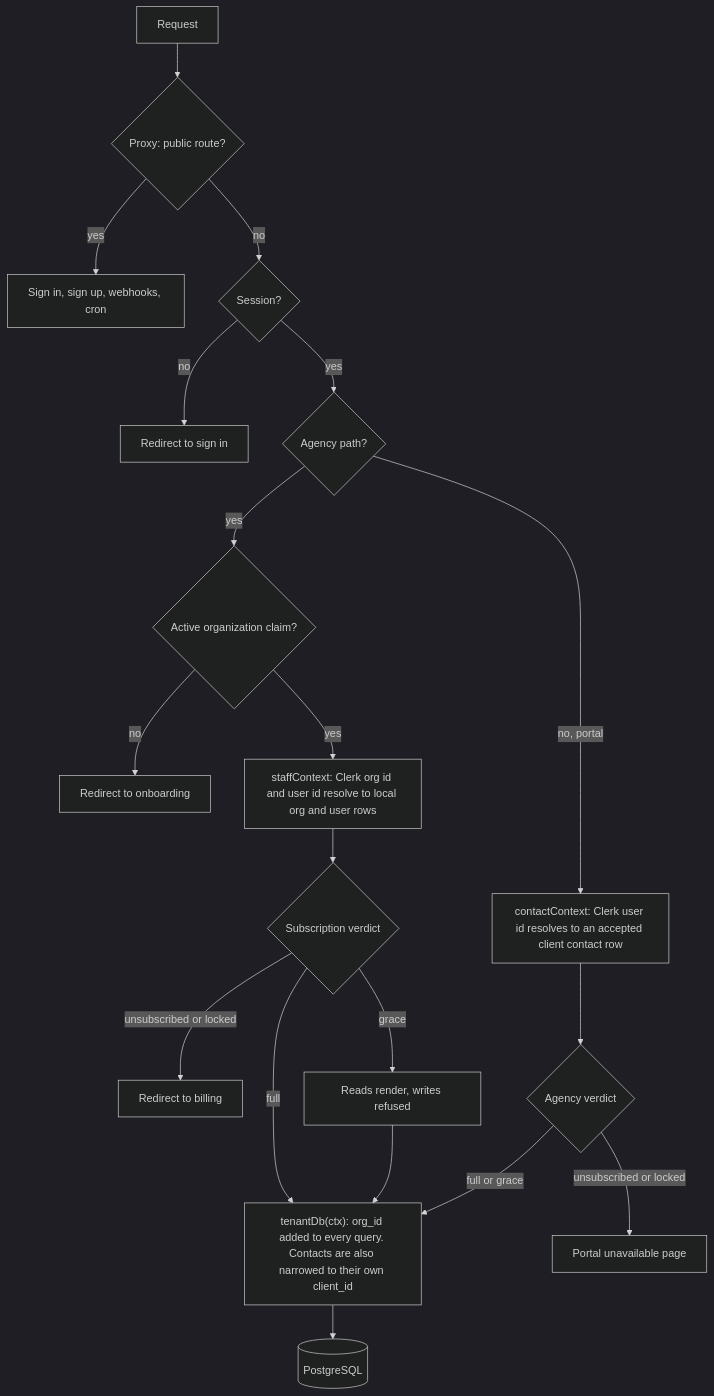
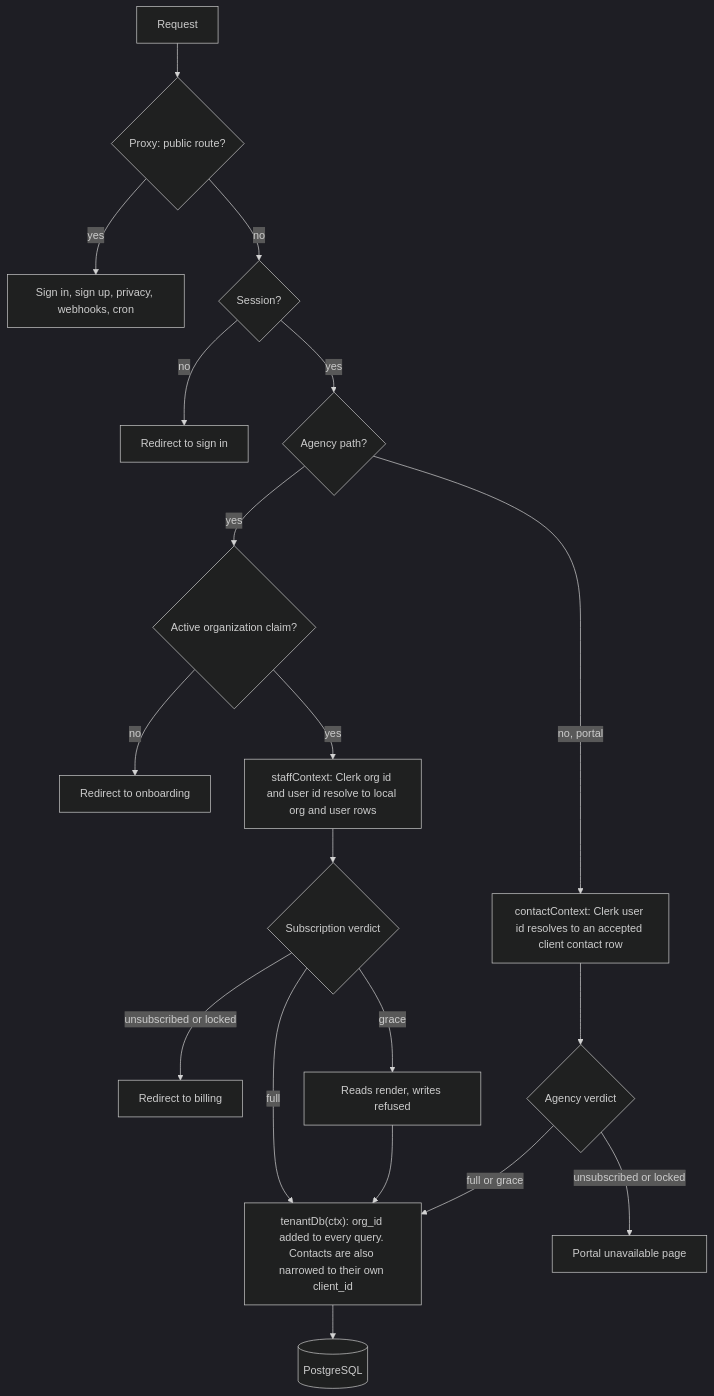
One commit to ebrarhosgul/ClientHQ changed the first of 2 diagrams in README.md. Above: the diagram before and after it, drawn with Mermaid (dark theme). The commit also changed other lines of this file, not shown here.

````diff
--- a/README.md
+++ b/README.md
@@ -78,21 +121,21 @@
 ```mermaid
 flowchart TD
     R[Request] --> P{Proxy: public route?}
-    P -- yes --> PUB[Sign in, sign up, webhooks, cron]
+    P -- yes --> PUB[Sign in, sign up, privacy, webhooks, cron]
     P -- no --> S{Session?}
     S -- no --> SI[Redirect to sign in]
     S -- yes --> A{Agency path?}
     A -- yes --> O{Active organization claim?}
     O -- no --> ONB[Redirect to onboarding]
     O -- yes --> SC[staffContext: Clerk org id and user id resolve to local org and user rows]
     A -- no, portal --> CC[contactContext: Clerk user id resolves to an accepted client contact row]
     SC --> G{Subscription verdict}
     G -- unsubscribed or locked --> BILL[Redirect to billing]
     G -- grace --> RO[Reads render, writes refused]
     G -- full --> DAL
     RO --> DAL
     CC --> PG{Agency verdict}
     PG -- unsubscribed or locked --> UNA[Portal unavailable page]
     PG -- full or grace --> DAL
     DAL["tenantDb(ctx): org_id added to every query. Contacts are also narrowed to their own client_id"] --> DB[(PostgreSQL)]
 ```
````
